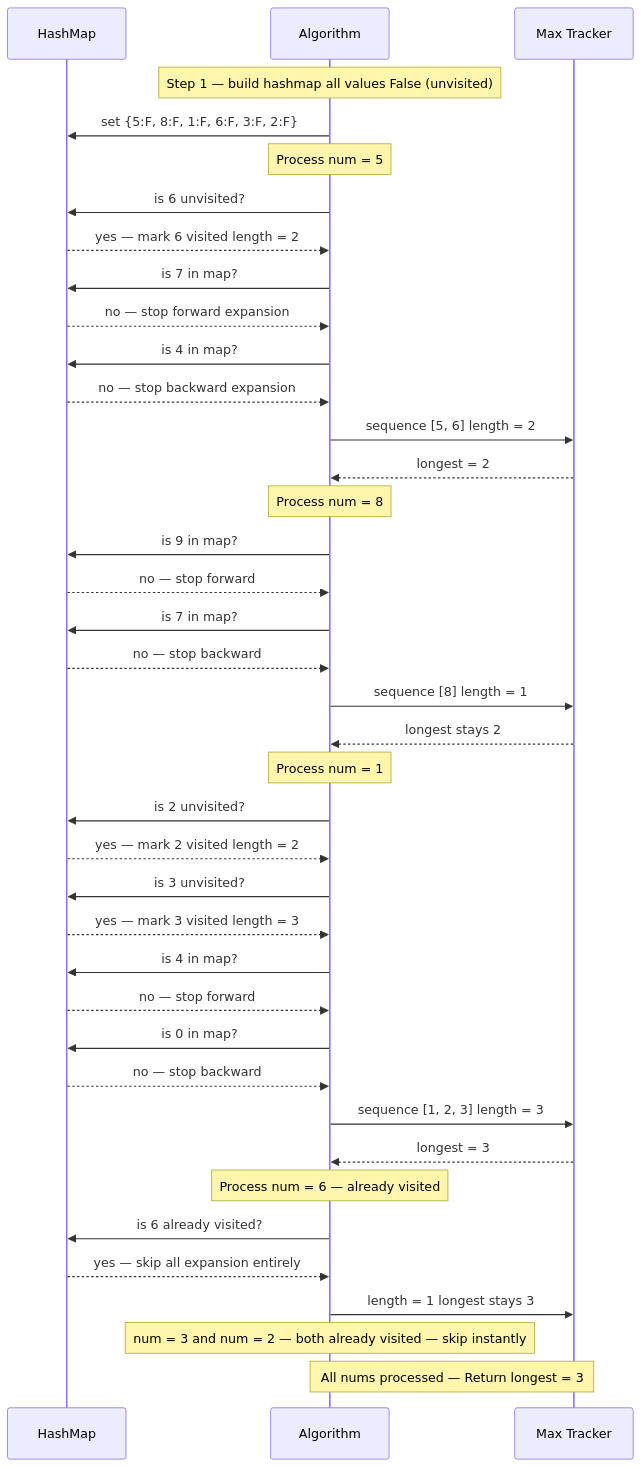
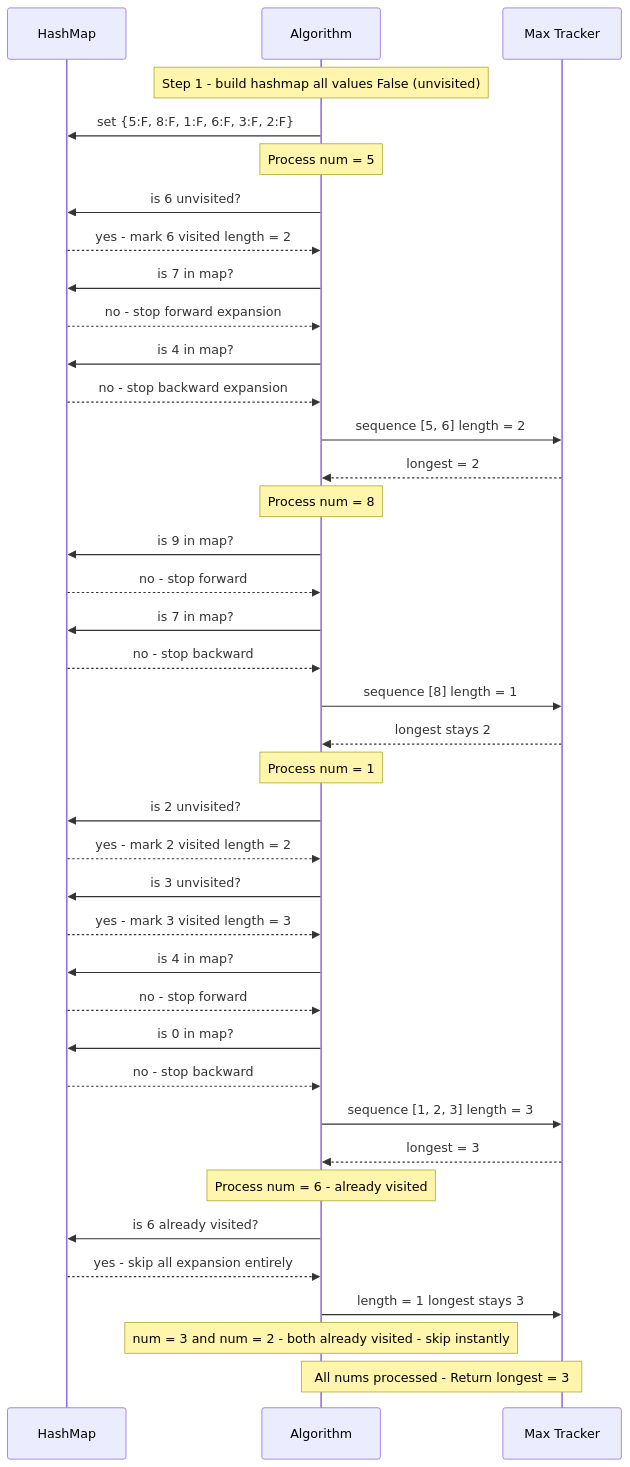
The seventh of 10 diagrams in 07 - Longest Consecutive Sequence/README.md (M-F-Tushar/LeetCode-Problem-Solving), drawn with Mermaid before and after one commit. The commit also changed other lines of this file and 6 other files, not shown here.

Commit message:
fix diagram rendering

````diff
--- a/07 - Longest Consecutive Sequence/README.md
+++ b/07 - Longest Consecutive Sequence/README.md
@@ -429,48 +429,48 @@
 ```mermaid
 sequenceDiagram
     participant HM as HashMap
     participant A as Algorithm
     participant MAX as Max Tracker
 
-    Note over A: Step 1 — build hashmap  all values False (unvisited)
+    Note over A: Step 1  -  build hashmap  all values False (unvisited)
     A->>HM: set {5:F, 8:F, 1:F, 6:F, 3:F, 2:F}
 
     Note over A: Process num = 5
     A->>HM: is 6 unvisited?
-    HM-->>A: yes — mark 6 visited  length = 2
+    HM-->>A: yes  -  mark 6 visited  length = 2
     A->>HM: is 7 in map?
-    HM-->>A: no — stop forward expansion
+    HM-->>A: no  -  stop forward expansion
     A->>HM: is 4 in map?
-    HM-->>A: no — stop backward expansion
+    HM-->>A: no  -  stop backward expansion
     A->>MAX: sequence [5, 6]  length = 2
     MAX-->>A: longest = 2
 
     Note over A: Process num = 8
     A->>HM: is 9 in map?
-    HM-->>A: no — stop forward
+    HM-->>A: no  -  stop forward
     A->>HM: is 7 in map?
-    HM-->>A: no — stop backward
+    HM-->>A: no  -  stop backward
     A->>MAX: sequence [8]  length = 1
     MAX-->>A: longest stays 2
 
     Note over A: Process num = 1
     A->>HM: is 2 unvisited?
-    HM-->>A: yes — mark 2 visited  length = 2
+    HM-->>A: yes  -  mark 2 visited  length = 2
     A->>HM: is 3 unvisited?
-    HM-->>A: yes — mark 3 visited  length = 3
+    HM-->>A: yes  -  mark 3 visited  length = 3
     A->>HM: is 4 in map?
-    HM-->>A: no — stop forward
+    HM-->>A: no  -  stop forward
     A->>HM: is 0 in map?
-    HM-->>A: no — stop backward
+    HM-->>A: no  -  stop backward
     A->>MAX: sequence [1, 2, 3]  length = 3
     MAX-->>A: longest = 3
 
-    Note over A: Process num = 6 — already visited
+    Note over A: Process num = 6  -  already visited
     A->>HM: is 6 already visited?
-    HM-->>A: yes — skip all expansion entirely
+    HM-->>A: yes  -  skip all expansion entirely
     A->>MAX: length = 1  longest stays 3
 
-    Note over A: num = 3 and num = 2 — both already visited — skip instantly
+    Note over A: num = 3 and num = 2  -  both already visited  -  skip instantly
 
-    Note over A,MAX: All nums processed — Return longest = 3
+    Note over A,MAX: All nums processed  -  Return longest = 3
 ```
````
